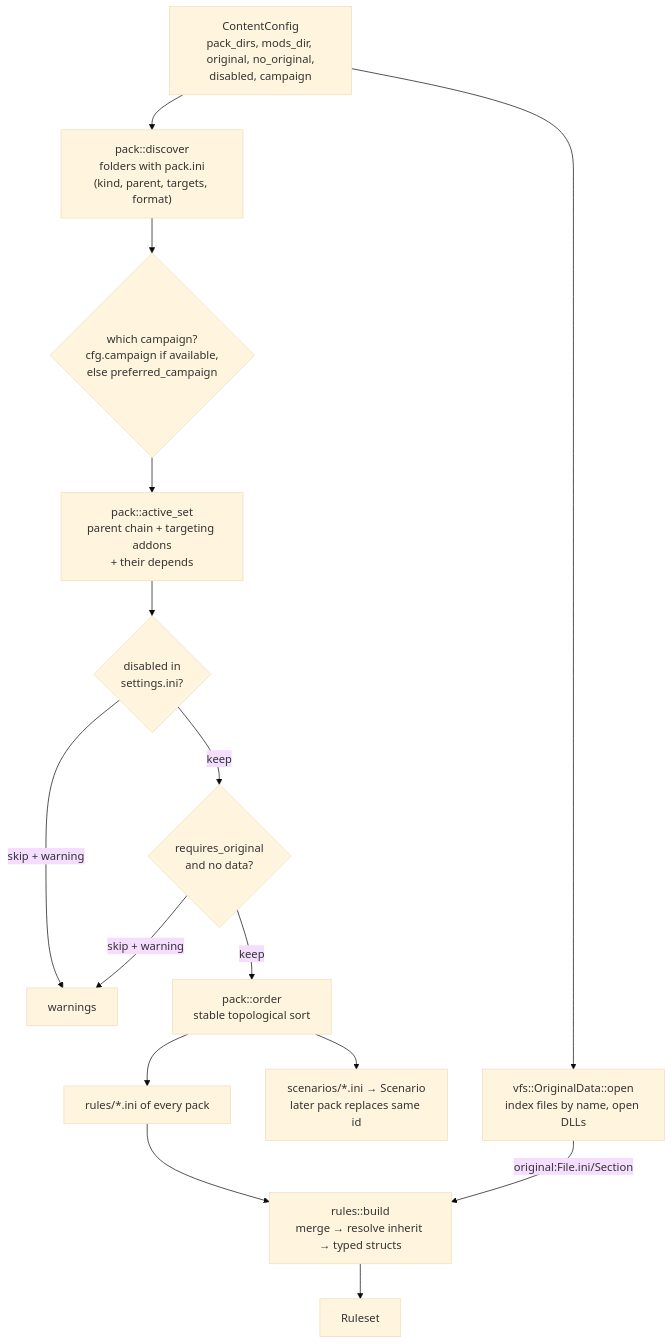
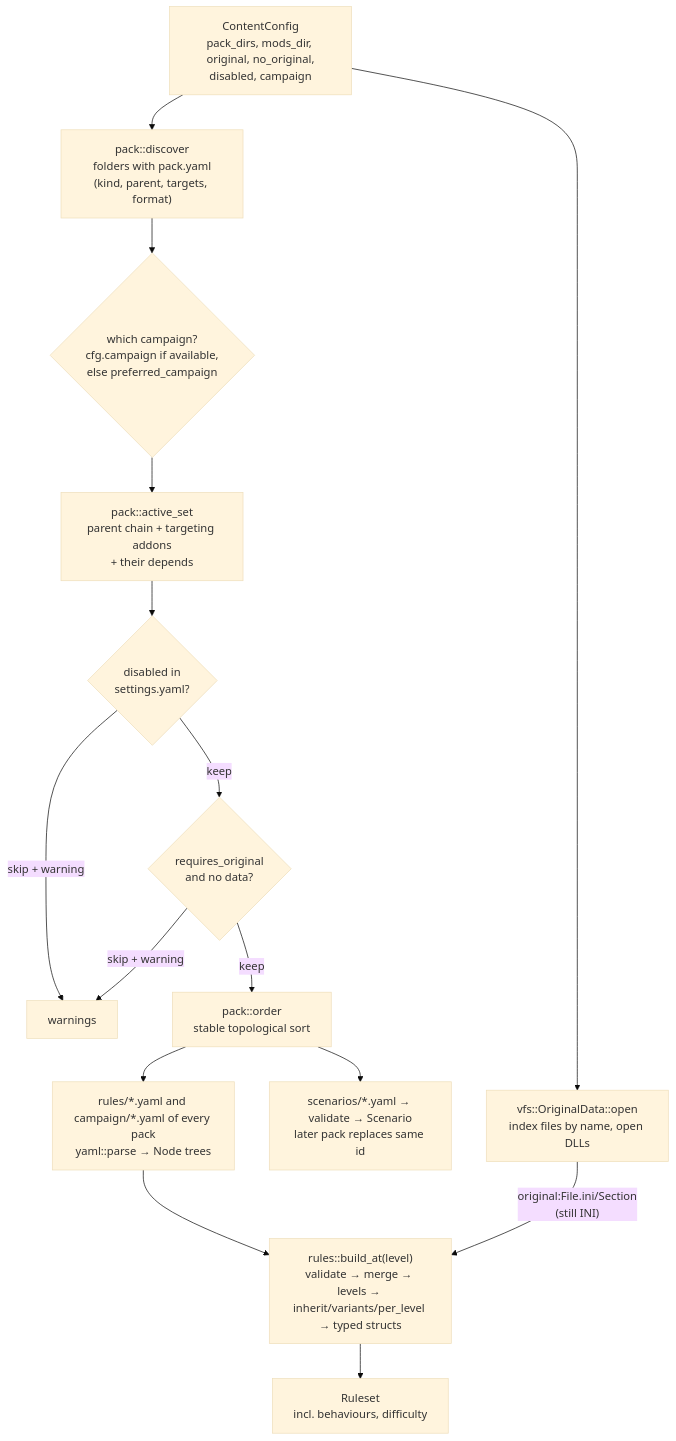
One commit to bbogovich/OpenInterceptor changed the first of 4 diagrams in docs/architecture/packs.md. Above: the diagram before and after it, drawn with Mermaid (base theme). The commit also changed other lines of this file and 56 other files, not shown here.

Commit message:
Site 0.6.0: YAML mod format, behaviours and conditions, difficulty, cockpit layout

````diff
--- a/docs/architecture/packs.md
+++ b/docs/architecture/packs.md
@@ -12,17 +14,17 @@
 ```mermaid
 flowchart TD
-    CFG["ContentConfig<br/>pack_dirs, mods_dir, original, no_original,<br/>disabled, campaign"] --> D["pack::discover<br/>folders with pack.ini<br/>(kind, parent, targets, format)"]
+    CFG["ContentConfig<br/>pack_dirs, mods_dir, original, no_original,<br/>disabled, campaign"] --> D["pack::discover<br/>folders with pack.yaml<br/>(kind, parent, targets, format)"]
     D --> CA{"which campaign?<br/>cfg.campaign if available,<br/>else preferred_campaign"}
     CA --> AS["pack::active_set<br/>parent chain + targeting addons<br/>+ their depends"]
-    AS --> DIS{"disabled in<br/>settings.ini?"}
+    AS --> DIS{"disabled in<br/>settings.yaml?"}
     DIS -->|skip + warning| W
     DIS -->|keep| SK{"requires_original<br/>and no data?"}
     SK -->|skip + warning| W["warnings"]
     SK -->|keep| O["pack::order<br/>stable topological sort"]
     CFG --> OD["vfs::OriginalData::open<br/>index files by name, open DLLs"]
-    O --> RS["rules/*.ini of every pack"]
-    RS --> B["rules::build<br/>merge → resolve inherit → typed structs"]
-    OD -->|"original:File.ini/Section"| B
-    B --> RU["Ruleset"]
-    O --> SC["scenarios/*.ini → Scenario<br/>later pack replaces same id"]
+    O --> RS["rules/*.yaml and campaign/*.yaml of every pack<br/>yaml::parse → Node trees"]
+    RS --> B["rules::build_at(level)<br/>validate → merge → levels → inherit/variants/per_level → typed structs"]
+    OD -->|"original:File.ini/Section<br/>(still INI)"| B
+    B --> RU["Ruleset<br/>incl. behaviours, difficulty"]
+    O --> SC["scenarios/*.yaml → validate → Scenario<br/>later pack replaces same id"]
 ```
````
